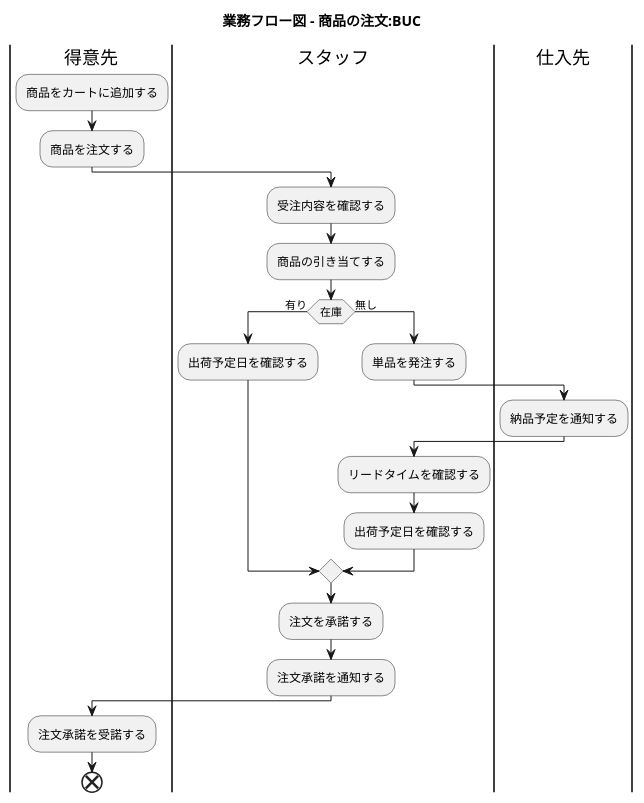
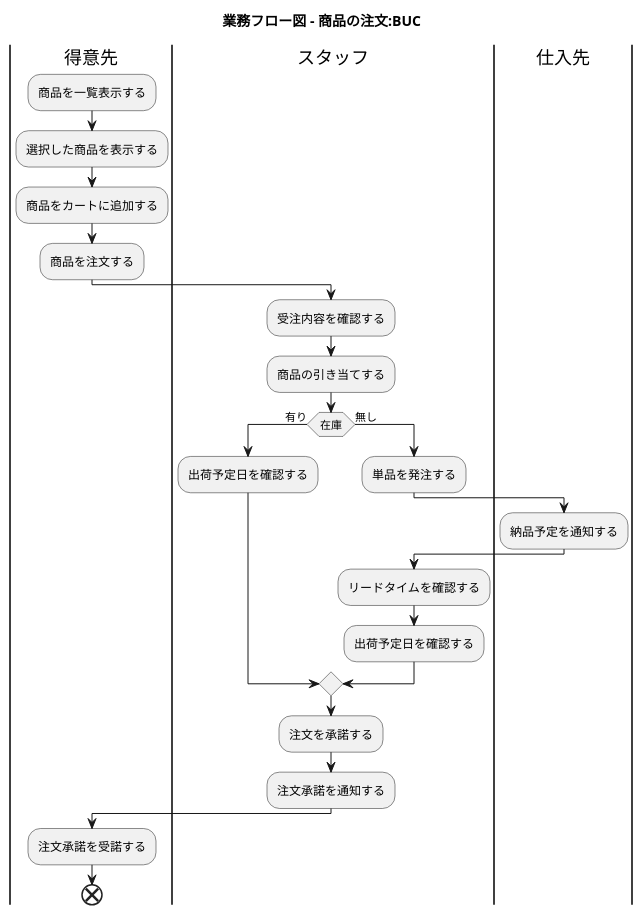
The ninth of 32 diagrams in docs/index.adoc (k2works/application_programing_excercise_2022), drawn with PlantUML before and after one commit. The commit also changed other lines of this file, not shown here.

Commit message:
docs: ユースケース複合図

```diff
--- a/docs/index.adoc
+++ b/docs/index.adoc
@@ -341,33 +338,35 @@
 [plantuml]
 ----
 @startuml
 
 title 業務フロー図 - 商品の注文:BUC
 
 |得意先|
+:商品を一覧表示する;
+:選択した商品を表示する;
 :商品をカートに追加する;
 :商品を注文する;
 
 |スタッフ|
 :受注内容を確認する;
 :商品の引き当てする;
 if (在庫) then (有り)
  :出荷予定日を確認する;
 else (無し)
  :単品を発注する;
  |仕入先|
  :納品予定を通知する;
  |スタッフ|
  :リードタイムを確認する;
  :出荷予定日を確認する;
 endif
 :注文を承諾する;
 :注文承諾を通知する;
 
 |得意先|
 :注文承諾を受諾する;
 
 end
 
 @enduml
 ----
```
